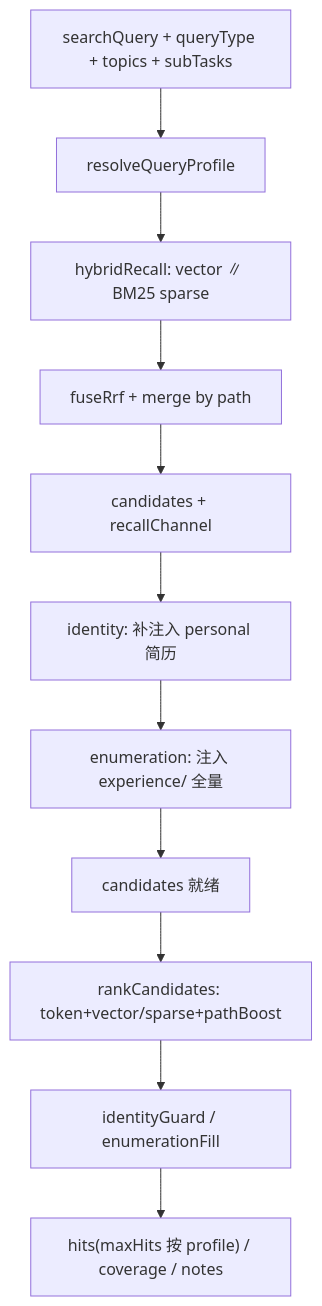
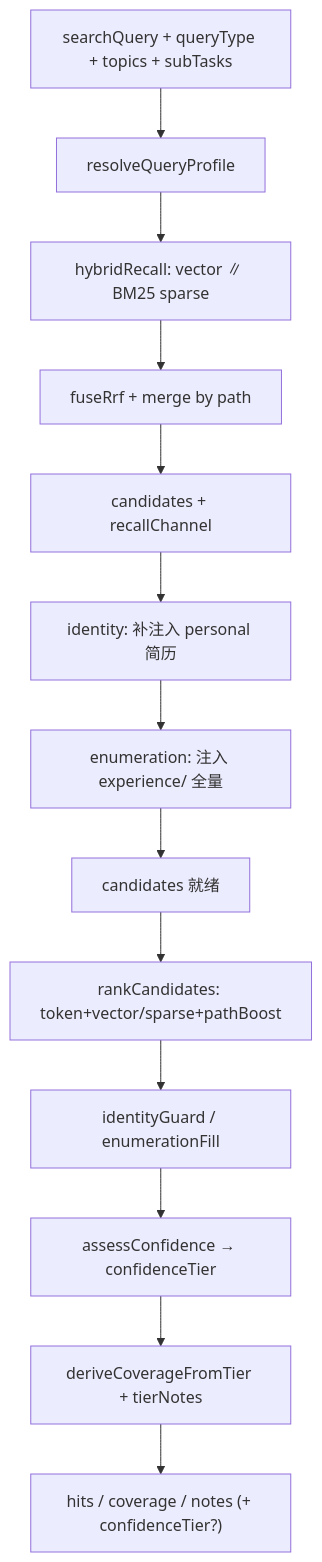
Before and after one commit to panzhanfei/fambrain-agents: the fifth of 11 diagrams in docs/02-agent-flows.md, drawn with Mermaid. The commit also changed other lines of this file and 19 other files, not shown here.

First line of the commit message:
feat(km): Wave D confidenceTier 分档与 FC 高置信快检

````diff
--- a/docs/02-agent-flows.md
+++ b/docs/02-agent-flows.md
@@ -158,13 +159,15 @@
 ```mermaid
 flowchart TD
   IN["searchQuery + queryType + topics + subTasks"] --> PROFILE["resolveQueryProfile"]
   PROFILE --> HY["hybridRecall: vector ∥ BM25 sparse"]
   HY --> RRF["fuseRrf + merge by path"]
   RRF --> RAW[candidates + recallChannel]
   RAW --> IDINJ["identity: 补注入 personal 简历"]
   IDINJ --> ENUMINJ["enumeration: 注入 experience/ 全量"]
   ENUMINJ --> CAND[candidates 就绪]
   CAND --> RULE["rankCandidates: token+vector/sparse+pathBoost"]
   RULE --> GUARD["identityGuard / enumerationFill"]
-  GUARD --> OUT["hits(maxHits 按 profile) / coverage / notes"]
+  GUARD --> TIER["assessConfidence → confidenceTier"]
+  TIER --> COV["deriveCoverageFromTier + tierNotes"]
+  COV --> OUT["hits / coverage / notes (+ confidenceTier?)"]
 ```
````
